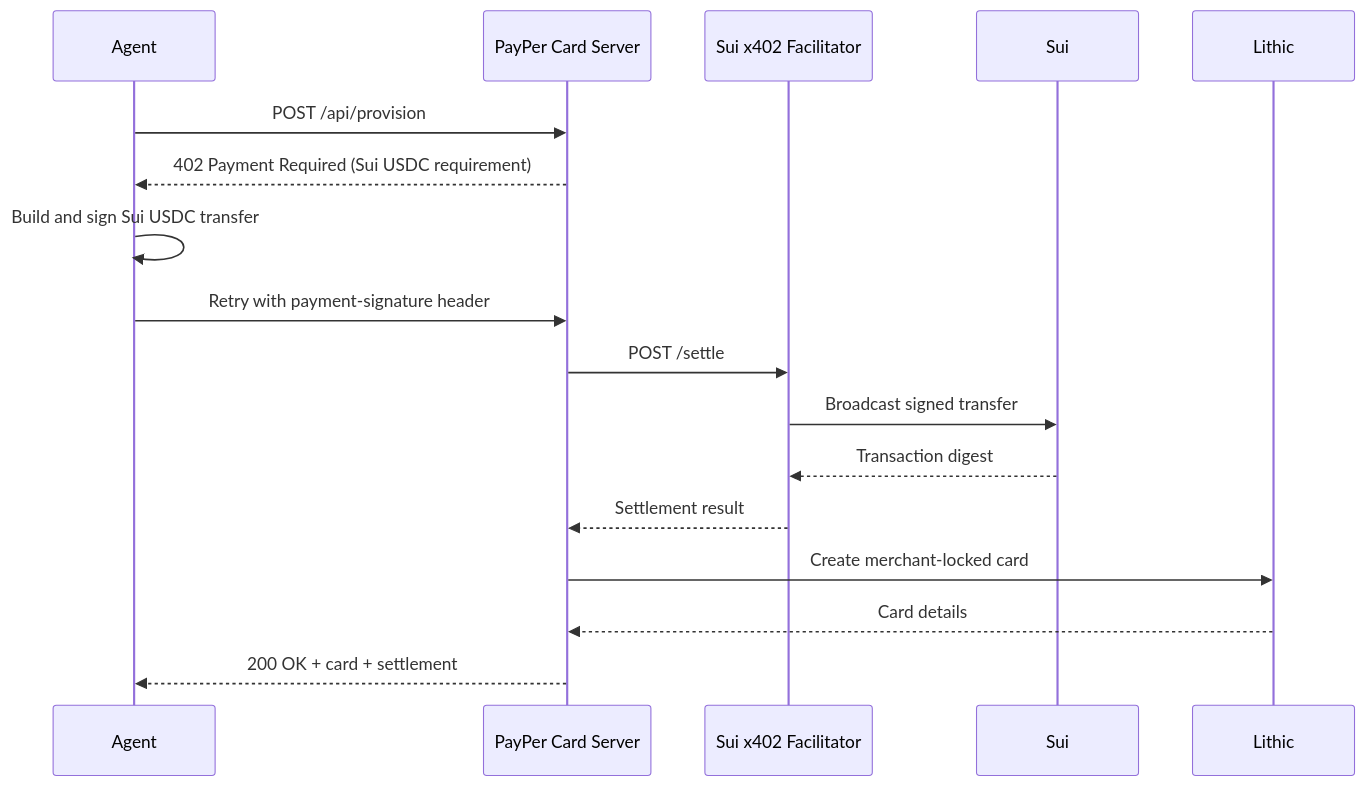
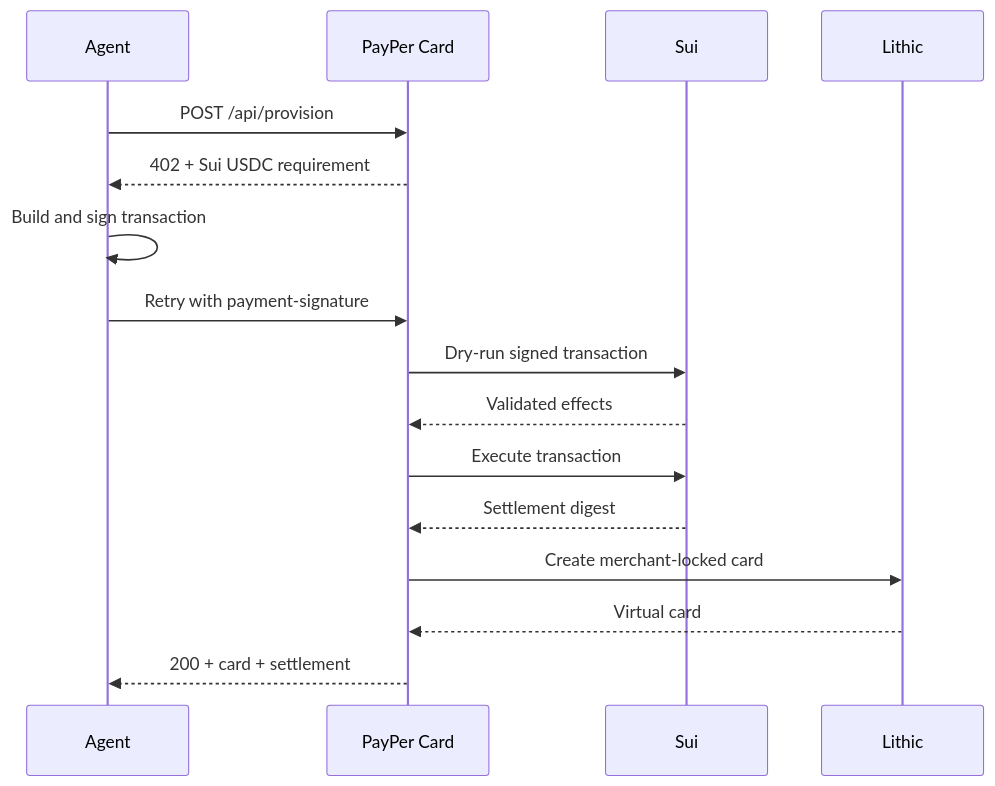
The diagram in README.md (adilhusain01/payper-card), drawn with Mermaid before and after one commit. The commit also changed other lines of this file and 12 other files, not shown here.

Commit message:
feat: Refactor environment variables and update documentation for Sui payment integration

````diff
--- a/README.md
+++ b/README.md
@@ -20,20 +16,19 @@
 ```mermaid
 sequenceDiagram
     participant Agent
-    participant Server as PayPer Card Server
-    participant Facilitator as Sui x402 Facilitator
+    participant API as PayPer Card
     participant Sui
     participant Lithic
 
-    Agent->>Server: POST /api/provision
-    Server-->>Agent: 402 Payment Required (Sui USDC requirement)
-    Agent->>Agent: Build and sign Sui USDC transfer
-    Agent->>Server: Retry with payment-signature header
-    Server->>Facilitator: POST /settle
-    Facilitator->>Sui: Broadcast signed transfer
-    Sui-->>Facilitator: Transaction digest
-    Facilitator-->>Server: Settlement result
-    Server->>Lithic: Create merchant-locked card
-    Lithic-->>Server: Card details
-    Server-->>Agent: 200 OK + card + settlement
+    Agent->>API: POST /api/provision
+    API-->>Agent: 402 + Sui USDC requirement
+    Agent->>Agent: Build and sign transaction
+    Agent->>API: Retry with payment-signature
+    API->>Sui: Dry-run signed transaction
+    Sui-->>API: Validated effects
+    API->>Sui: Execute transaction
+    Sui-->>API: Settlement digest
+    API->>Lithic: Create merchant-locked card
+    Lithic-->>API: Virtual card
+    API-->>Agent: 200 + card + settlement
 ```
````
